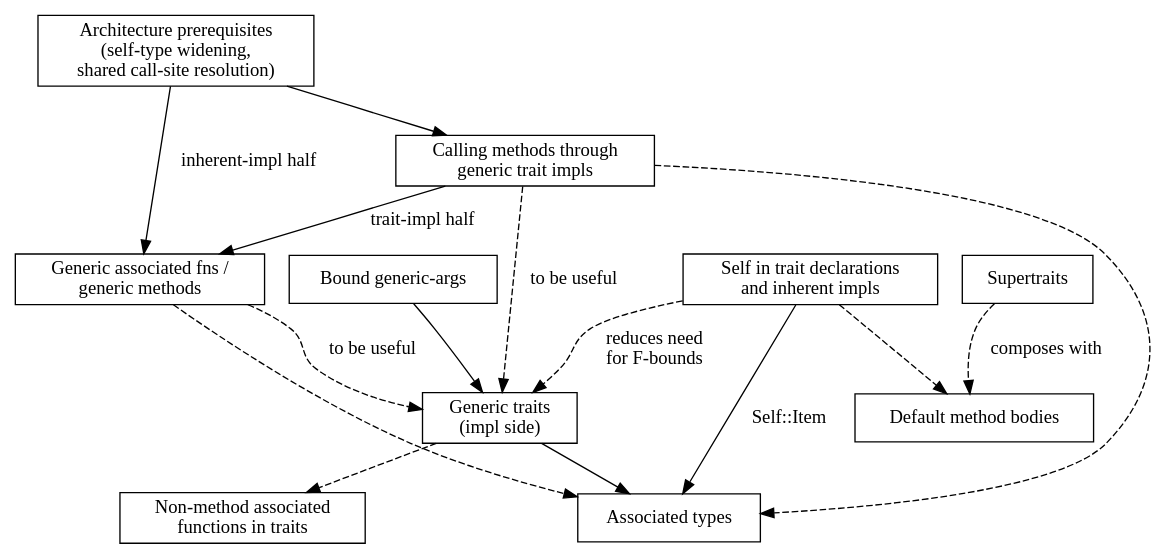
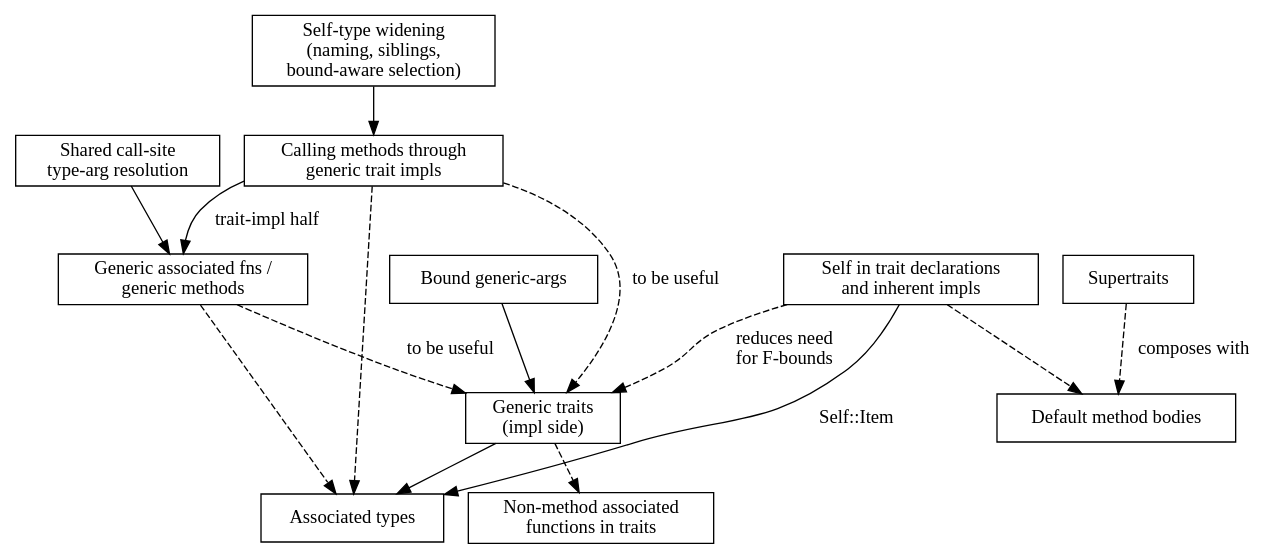
One commit to jonathanhaigh/leech changed the diagram in docs/superpowers/specs/2026-08-08-generics-traits-gap-assessment-design.md. Above: the diagram before and after it, drawn with Graphviz. The commit also changed other lines of this file and 7 other files, not shown here.

````diff
--- a/docs/superpowers/specs/2026-08-08-generics-traits-gap-assessment-design.md
+++ b/docs/superpowers/specs/2026-08-08-generics-traits-gap-assessment-design.md
@@ -687,32 +799,33 @@
 ```dot
 digraph gaps {
     rankdir=TB;
     node [shape=box];
 
     bound_args [label="Bound generic-args"];
     self_typ [label="Self in trait declarations\nand inherent impls"];
-    arch [label="Architecture prerequisites\n(self-type widening,\nshared call-site resolution)"];
+    arch_self [label="Self-type widening\n(naming, siblings,\nbound-aware selection)"];
+    arch_call [label="Shared call-site\ntype-arg resolution"];
     call_generic_impl [label="Calling methods through\ngeneric trait impls"];
     generic_methods [label="Generic associated fns /\ngeneric methods"];
     generic_traits [label="Generic traits\n(impl side)"];
     supertraits [label="Supertraits"];
     default_bodies [label="Default method bodies"];
     nonmethod_assoc [label="Non-method associated\nfunctions in traits"];
     assoc_types [label="Associated types"];
 
-    arch -> call_generic_impl;
+    arch_self -> call_generic_impl;
     call_generic_impl -> generic_methods [label="trait-impl half"];
-    arch -> generic_methods [label="inherent-impl half"];
+    arch_call -> generic_methods;
     bound_args -> generic_traits;
     call_generic_impl -> generic_traits [style=dashed, label="to be useful"];
     generic_methods -> generic_traits [style=dashed, label="to be useful"];
     generic_traits -> nonmethod_assoc [style=dashed];
     generic_traits -> assoc_types;
     call_generic_impl -> assoc_types [style=dashed];
     generic_methods -> assoc_types [style=dashed];
     supertraits -> default_bodies [style=dashed, label="composes with"];
     self_typ -> assoc_types [label="Self::Item"];
     self_typ -> default_bodies [style=dashed];
     self_typ -> generic_traits [style=dashed, label="reduces need\nfor F-bounds"];
 }
 ```
````
